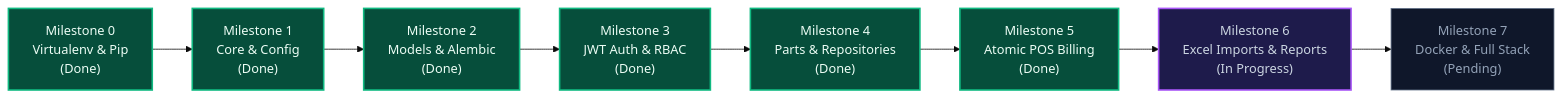
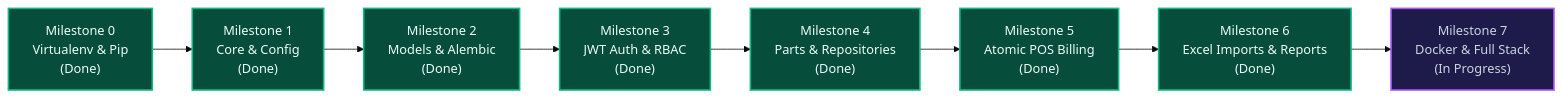
Before and after one commit to biswajit-rout/PartShop: the diagram in docs/development-milestones.md, drawn with Mermaid (base theme). The commit also changed other lines of this file and 11 other files, not shown here.

Commit message:
Milestone 6: Excel Bulk Imports & Business Reporting

````diff
--- a/docs/development-milestones.md
+++ b/docs/development-milestones.md
@@ -18,18 +18,17 @@
 ```mermaid
 flowchart LR
     M0["Milestone 0<br/>Virtualenv & Pip<br/>(Done)"] --> M1["Milestone 1<br/>Core & Config<br/>(Done)"]
     M1 --> M2["Milestone 2<br/>Models & Alembic<br/>(Done)"]
     M2 --> M3["Milestone 3<br/>JWT Auth & RBAC<br/>(Done)"]
     M3 --> M4["Milestone 4<br/>Parts & Repositories<br/>(Done)"]
     M4 --> M5["Milestone 5<br/>Atomic POS Billing<br/>(Done)"]
-    M5 --> M6["Milestone 6<br/>Excel Imports & Reports<br/>(In Progress)"]
-    M6 --> M7["Milestone 7<br/>Docker & Full Stack<br/>(Pending)"]
+    M5 --> M6["Milestone 6<br/>Excel Imports & Reports<br/>(Done)"]
+    M6 --> M7["Milestone 7<br/>Docker & Full Stack<br/>(In Progress)"]
 
     classDef done fill:#064e3b,stroke:#10b981,stroke-width:2px,color:#ecfdf5;
     classDef current fill:#1e1b4b,stroke:#a855f7,stroke-width:2px,color:#cbd5e1;
     classDef pending fill:#0f172a,stroke:#64748b,stroke-width:1px,color:#94a3b8;
 
-    class M0,M1,M2,M3,M4,M5 done;
-    class M6 current;
-    class M7 pending;
+    class M0,M1,M2,M3,M4,M5,M6 done;
+    class M7 current;
 ```
````
